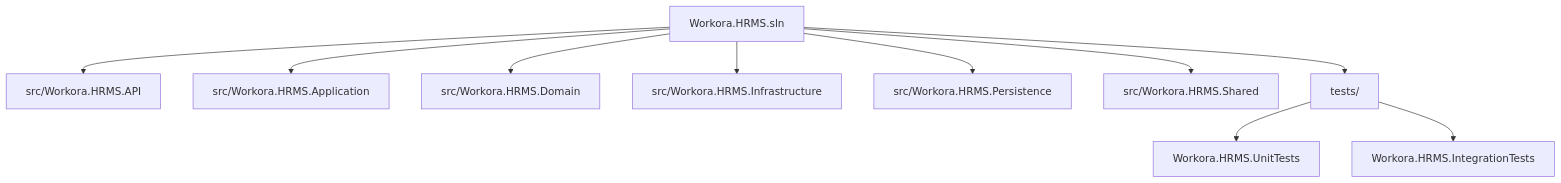
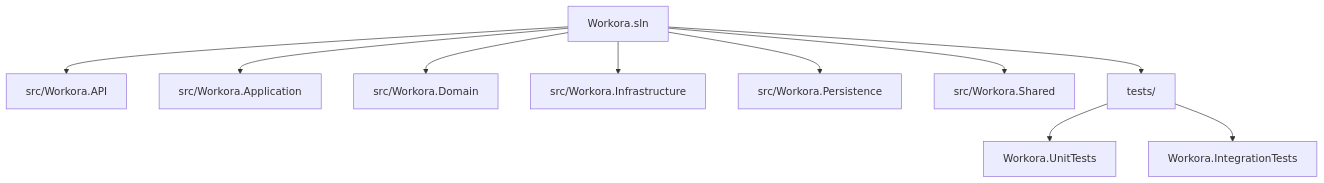
The third of 15 diagrams in backend/docs/TechnicalDocument.md (satyakidushyant/workora), drawn with Mermaid before and after one commit. The commit also changed other lines of this file and 4 other files, not shown here.

````diff
--- a/backend/docs/TechnicalDocument.md
+++ b/backend/docs/TechnicalDocument.md
@@ -206,13 +206,13 @@
 ```mermaid
 graph TD
-    Root[Workora.HRMS.sln] --> API[src/Workora.HRMS.API]
-    Root --> Application[src/Workora.HRMS.Application]
-    Root --> Domain[src/Workora.HRMS.Domain]
-    Root --> Infrastructure[src/Workora.HRMS.Infrastructure]
-    Root --> Persistence[src/Workora.HRMS.Persistence]
-    Root --> Shared[src/Workora.HRMS.Shared]
+    Root[Workora.sln] --> API[src/Workora.API]
+    Root --> Application[src/Workora.Application]
+    Root --> Domain[src/Workora.Domain]
+    Root --> Infrastructure[src/Workora.Infrastructure]
+    Root --> Persistence[src/Workora.Persistence]
+    Root --> Shared[src/Workora.Shared]
     Root --> Tests[tests/]
 
-    Tests --> UnitTests[Workora.HRMS.UnitTests]
-    Tests --> IntegrationTests[Workora.HRMS.IntegrationTests]
+    Tests --> UnitTests[Workora.UnitTests]
+    Tests --> IntegrationTests[Workora.IntegrationTests]
 ```
````
